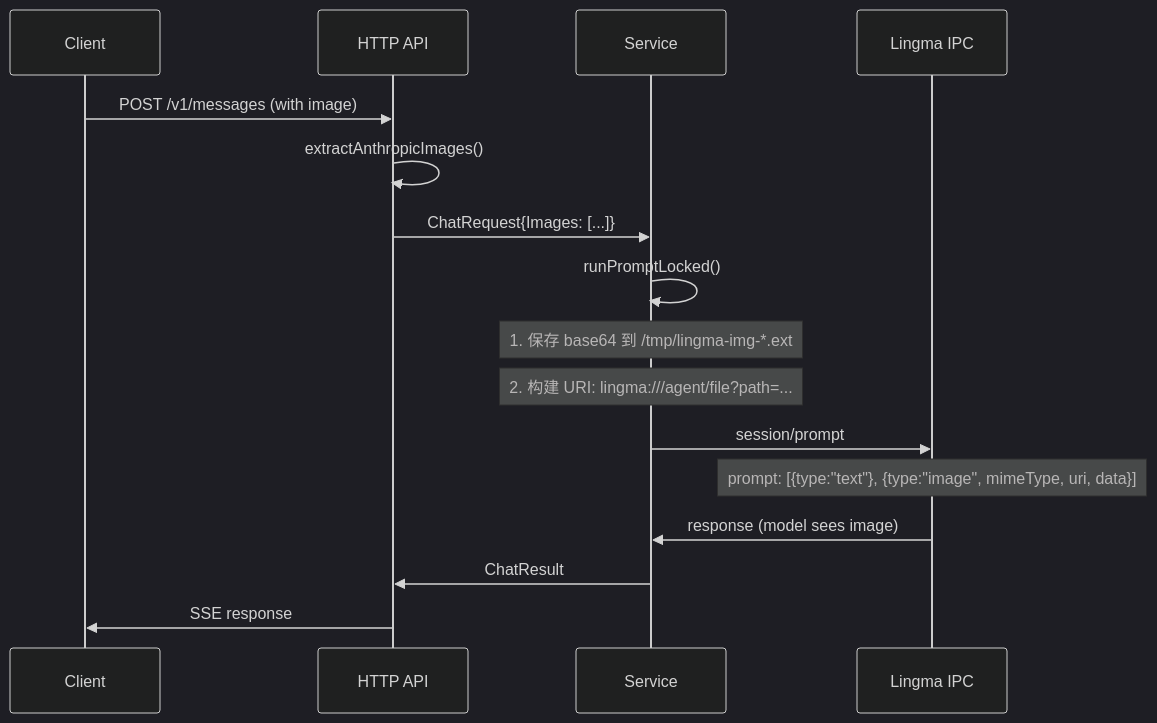
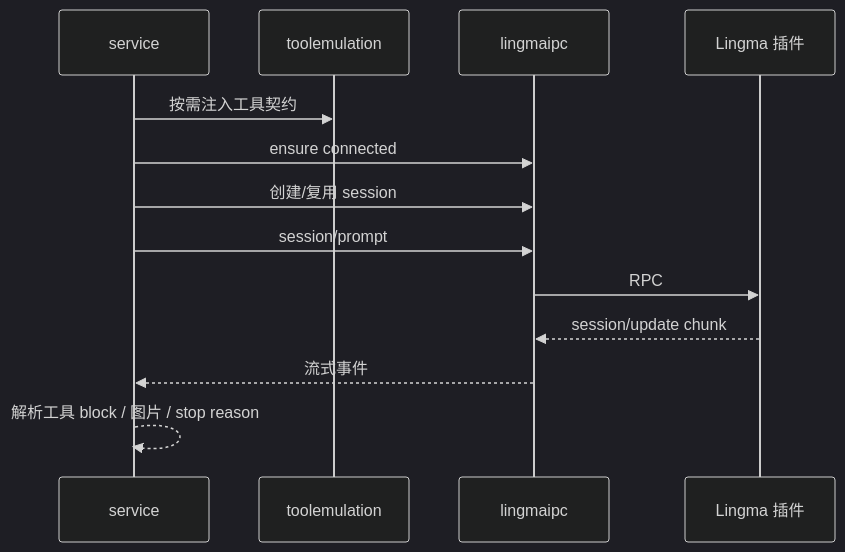
One commit to Lutiancheng1/lingma-ipc-proxy changed the third of 4 diagrams in docs/architecture.zh-CN.md. Above: the diagram before and after it, drawn with Mermaid (dark theme). The commit also changed other lines of this file and 23 other files, not shown here.

````diff
--- a/docs/architecture.zh-CN.md
+++ b/docs/architecture.zh-CN.md
@@ -252,19 +189,16 @@
 ```mermaid
 sequenceDiagram
-    participant C as Client
-    participant H as HTTP API
-    participant S as Service
-    participant L as Lingma IPC
+    participant Service as service
+    participant Tool as toolemulation
+    participant IPC as lingmaipc
+    participant Plugin as Lingma 插件
 
-    C->>H: POST /v1/messages (with image)
-    H->>H: extractAnthropicImages()
-    H->>S: ChatRequest{Images: [...]}
-    S->>S: runPromptLocked()
-    Note over S: 1. 保存 base64 到 /tmp/lingma-img-*.ext
-    Note over S: 2. 构建 URI: lingma:///agent/file?path=...
-    S->>L: session/prompt
-    Note over L: prompt: [{type:"text"}, {type:"image", mimeType, uri, data}]
-    L->>S: response (model sees image)
-    S->>H: ChatResult
-    H->>C: SSE response
+    Service->>Tool: 按需注入工具契约
+    Service->>IPC: ensure connected
+    Service->>IPC: 创建/复用 session
+    Service->>IPC: session/prompt
+    IPC->>Plugin: RPC
+    Plugin-->>IPC: session/update chunk
+    IPC-->>Service: 流式事件
+    Service-->>Service: 解析工具 block / 图片 / stop reason
 ```
````
